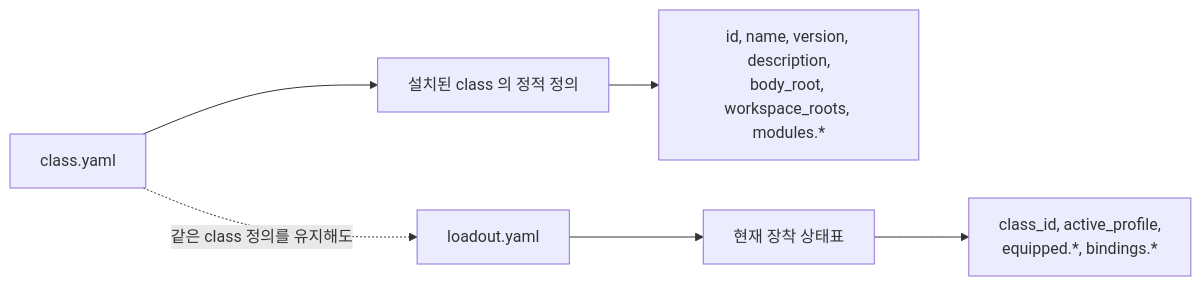
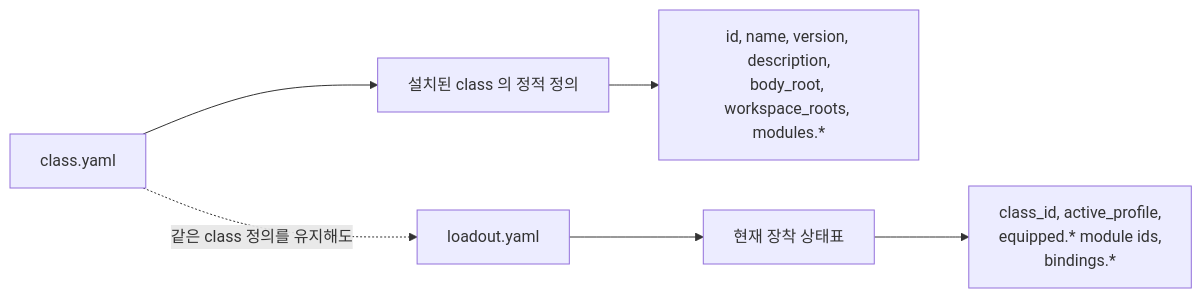
Before and after one commit to SungYongMOON/soulforge: the diagram in .agent_class/docs/architecture/CLASS_METADATA_CONTRACT.md, drawn with Mermaid. The commit also changed other lines of this file and 19 other files, not shown here.

````diff
--- a/.agent_class/docs/architecture/CLASS_METADATA_CONTRACT.md
+++ b/.agent_class/docs/architecture/CLASS_METADATA_CONTRACT.md
@@ -11,8 +11,8 @@
 ```mermaid
 flowchart LR
   CY["class.yaml"] --> CD["설치된 class 의 정적 정의"]
   CD --> CF["id, name, version, description,<br/>body_root, workspace_roots, modules.*"]
   LY["loadout.yaml"] --> LD["현재 장착 상태표"]
-  LD --> LF["class_id, active_profile,<br/>equipped.*, bindings.*"]
+  LD --> LF["class_id, active_profile,<br/>equipped.* module ids,<br/>bindings.*"]
   CY -. "같은 class 정의를 유지해도" .-> LY
 ```
````
